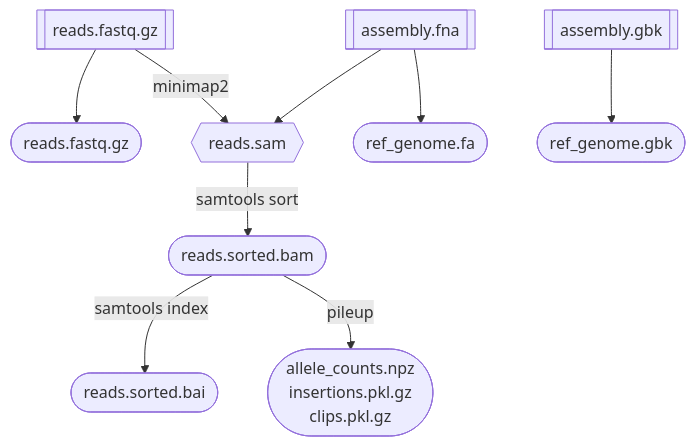
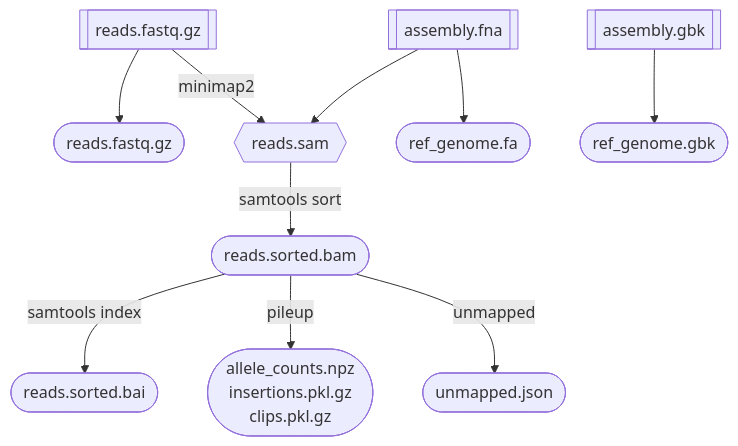
The second of 2 diagrams in notes/pipeline_description.md (mmolari/morbidostat-genome-analysis), drawn with Mermaid before and after one commit. The commit also changed other lines of this file, not shown here.

Commit message:
chore: updated description

````diff
--- a/notes/pipeline_description.md
+++ b/notes/pipeline_description.md
@@ -29,30 +29,32 @@
 ```mermaid
 flowchart TB
     Agbk[["assembly.gbk"]]
     Afa[["assembly.fna"]]
     R[["reads.fastq.gz"]]
     
     R --> Rout
 
     Sam{{"reads.sam"}}
     Bam(["reads.sorted.bam"])
     Bai(["reads.sorted.bai"])
 
     Ggbk(["ref_genome.gbk"])
     Gfa(["ref_genome.fa"])
     Rout(["reads.fastq.gz"])
 
     PP(["allele_counts.npz
         insertions.pkl.gz
         clips.pkl.gz"])
+    Pum(["unmapped.json"])
 
     Afa --> Sam
     R --> |"minimap2"| Sam
 
     Afa --> Gfa
     Agbk --> Ggbk
 
     Sam --> |"samtools sort"| Bam
     Bam --> |"samtools index"| Bai
     Bam --> |"pileup"| PP
+    Bam --> |"unmapped"| Pum
 ```
````
